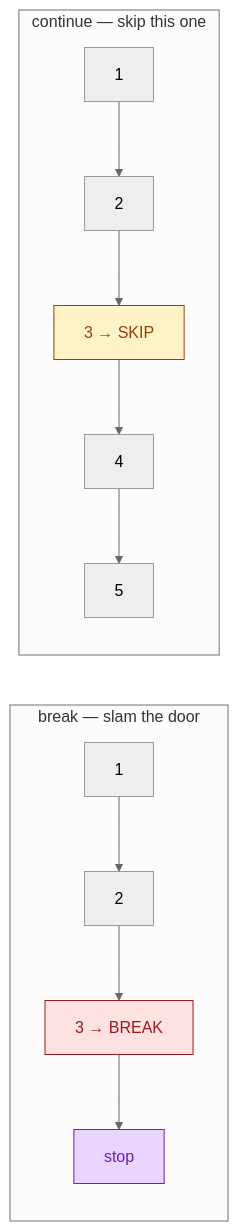
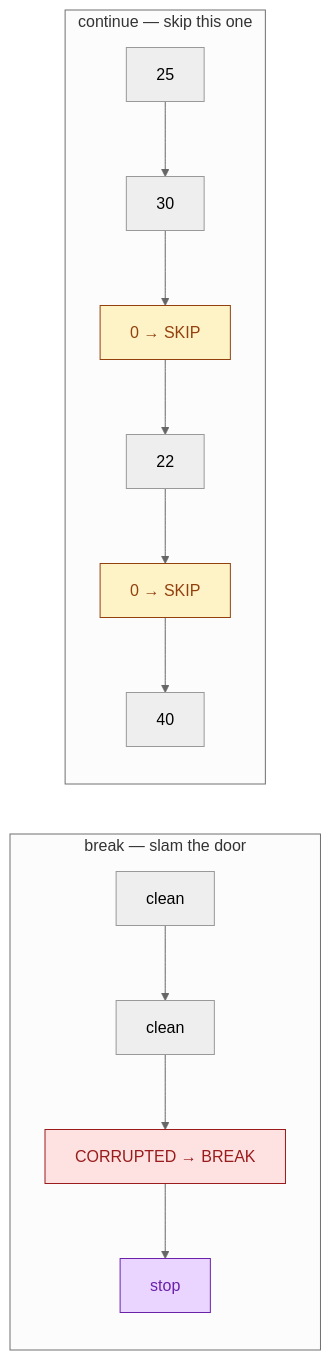
The fourth of 4 diagrams in 01-python/5-iteration-and-loops/live-class/README.md (sndpaws/ai-ml-101), drawn with Mermaid (neutral theme) before and after one commit. The commit also changed other lines of this file and 2 other files, not shown here.

````diff
--- a/01-python/5-iteration-and-loops/live-class/README.md
+++ b/01-python/5-iteration-and-loops/live-class/README.md
@@ -263,12 +365,13 @@
 ```mermaid
 flowchart LR
     subgraph break_flow["break — slam the door"]
-        B1[1] --> B2[2] --> Bx["3 → BREAK"] --> Bend[stop]
+        B1[clean] --> B2[clean] --> Bx["CORRUPTED → BREAK"] --> Bend[stop]
         style Bx fill:#fee2e2,stroke:#991b1b,color:#991b1b
         style Bend fill:#e9d5ff,stroke:#6b21a8,color:#6b21a8
     end
     subgraph continue_flow["continue — skip this one"]
-        C1[1] --> C2[2] --> Cx["3 → SKIP"] --> C4[4] --> C5[5]
+        C1[25] --> C2[30] --> Cx["0 → SKIP"] --> C4[22] --> Cy["0 → SKIP"] --> C6[40]
         style Cx fill:#fef3c7,stroke:#92400e,color:#92400e
+        style Cy fill:#fef3c7,stroke:#92400e,color:#92400e
     end
 ```
````
